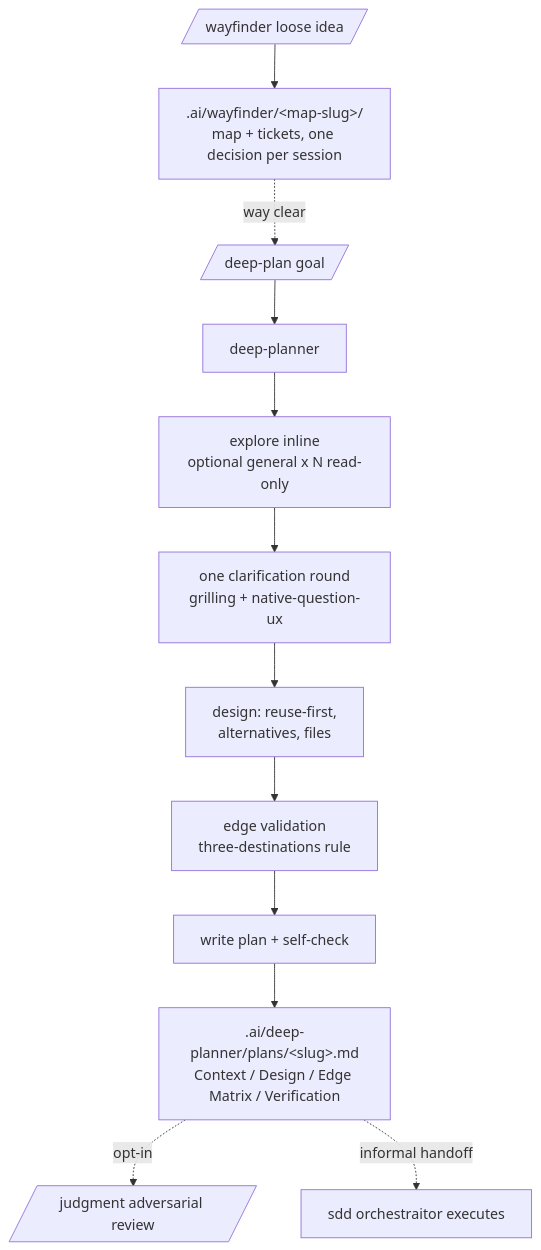
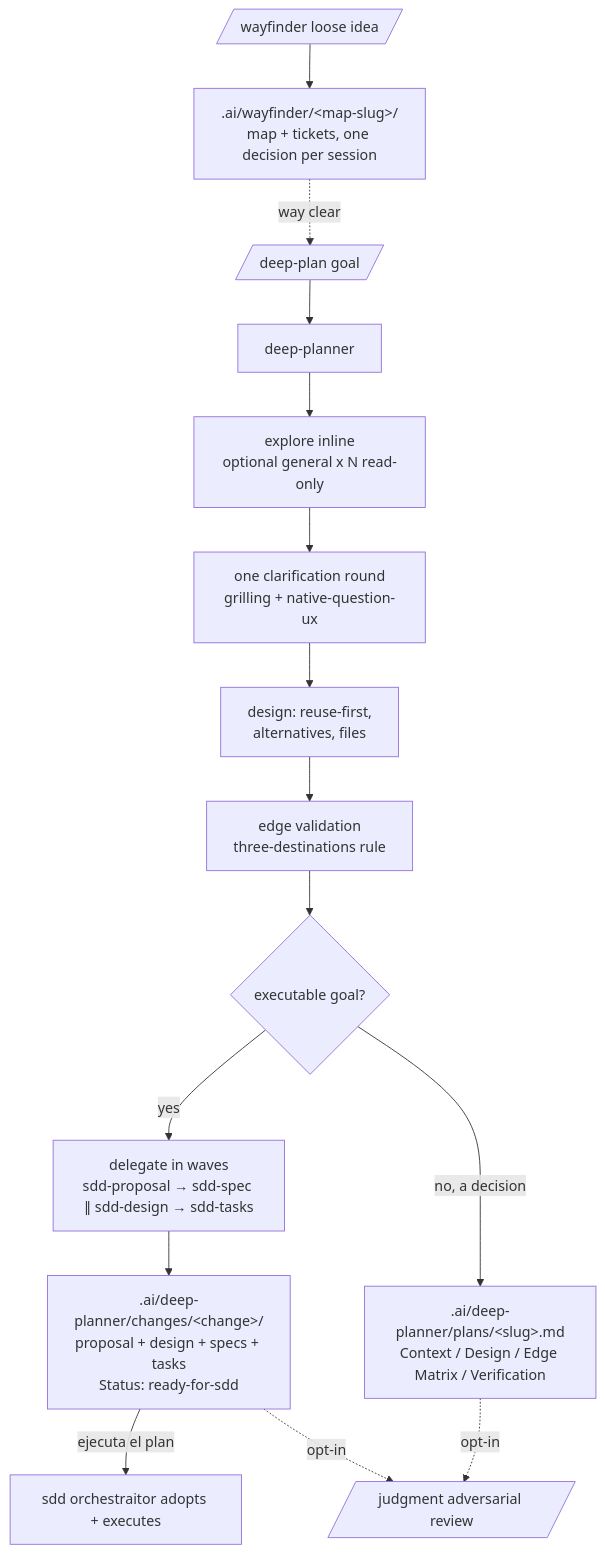
The diagram in domains/plan/README.md (andresnator/agents-orchestrator), drawn with Mermaid before and after one commit. The commit also changed other lines of this file and 7 other files, not shown here.

Commit message:
feat: enhance planning documentation to clarify output types and workflows for deep-planner and wayfinder

````diff
--- a/domains/plan/README.md
+++ b/domains/plan/README.md
@@ -26,14 +25,17 @@
 ```mermaid
 graph TD
   wf[/wayfinder loose idea/] --> map[".ai/wayfinder/&lt;map-slug&gt;/<br/>map + tickets, one decision per session"]
   map -.->|way clear| cmd
   cmd[/deep-plan goal/] --> architect[deep-planner]
   architect --> explore[explore inline<br/>optional general x N read-only]
   explore --> clarify[one clarification round<br/>grilling + native-question-ux]
   clarify --> design[design: reuse-first,<br/>alternatives, files]
   design --> edges[edge validation<br/>three-destinations rule]
-  edges --> selfcheck[write plan + self-check]
-  selfcheck --> plan[".ai/deep-planner/plans/&lt;slug&gt;.md<br/>Context / Design / Edge Matrix / Verification"]
-  plan -.->|opt-in| judgment[/judgment adversarial review/]
-  plan -.->|informal handoff| orchestraitor[sdd orchestraitor executes]
+  edges --> shape{executable goal?}
+  shape -->|yes| waves[delegate in waves<br/>sdd-proposal → sdd-spec ∥ sdd-design → sdd-tasks]
+  waves --> bundle[".ai/deep-planner/changes/&lt;change&gt;/<br/>proposal + design + specs + tasks<br/>Status: ready-for-sdd"]
+  bundle -->|ejecuta el plan| orchestraitor[sdd orchestraitor adopts + executes]
+  shape -->|no, a decision| plan[".ai/deep-planner/plans/&lt;slug&gt;.md<br/>Context / Design / Edge Matrix / Verification"]
+  bundle -.->|opt-in| judgment[/judgment adversarial review/]
+  plan -.->|opt-in| judgment
 ```
````
